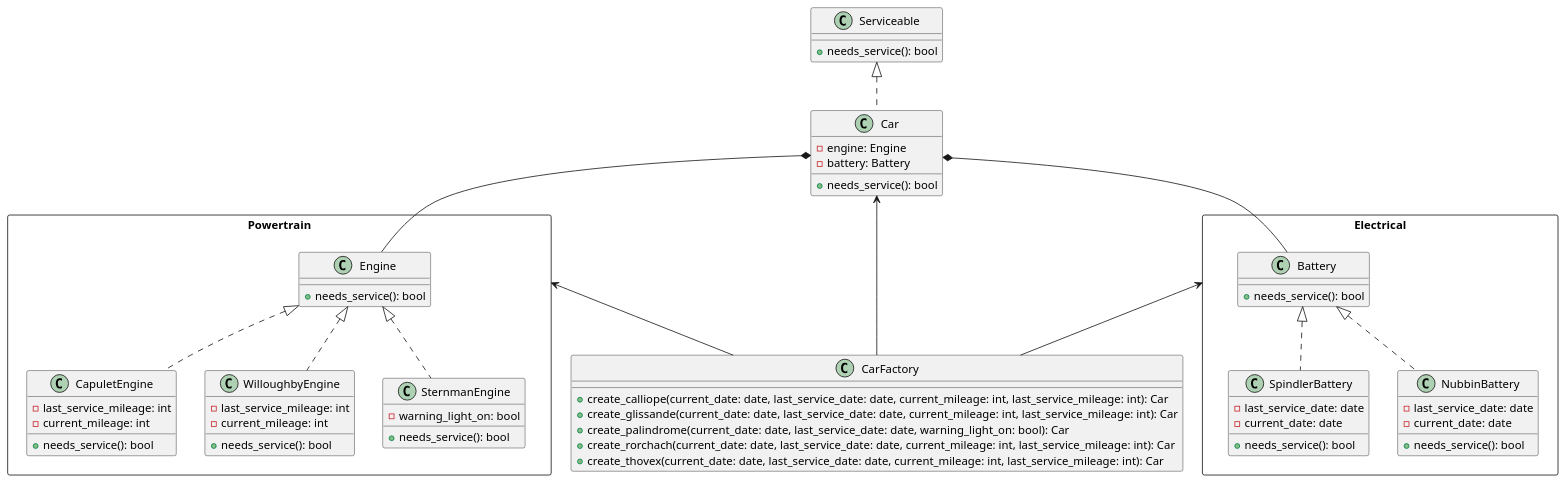
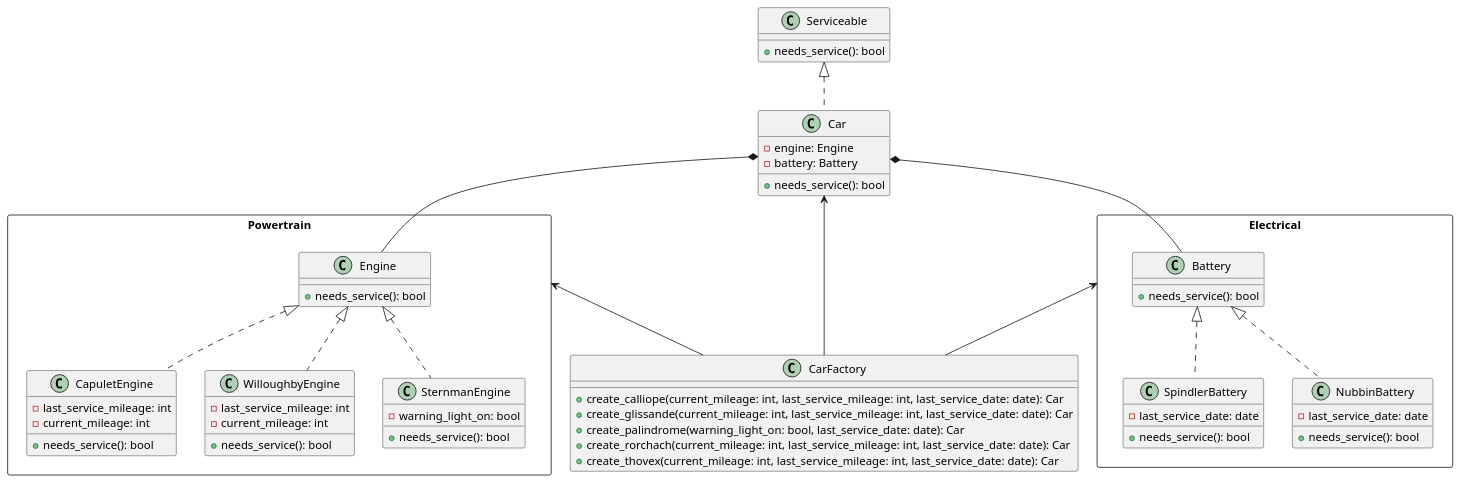
The diagram in UML/engineersDiagram.puml (kasizah/forage-lyft-starter-repo), drawn with PlantUML before and after one commit. The commit also changed 10 other files, not shown here.

```diff
--- a/UML/engineersDiagram.puml
+++ b/UML/engineersDiagram.puml
@@ -1,73 +1,71 @@
 @startuml
 
 class CarFactory {
-    +create_calliope(current_date: date, last_service_date: date, current_mileage: int, last_service_mileage: int): Car
-    +create_glissande(current_date: date, last_service_date: date, current_mileage: int, last_service_mileage: int): Car
-    +create_palindrome(current_date: date, last_service_date: date, warning_light_on: bool): Car
-    +create_rorchach(current_date: date, last_service_date: date, current_mileage: int, last_service_mileage: int): Car
-    +create_thovex(current_date: date, last_service_date: date, current_mileage: int, last_service_mileage: int): Car
+    +create_calliope(current_mileage: int, last_service_mileage: int, last_service_date: date): Car
+    +create_glissande(current_mileage: int, last_service_mileage: int, last_service_date: date): Car
+    +create_palindrome(warning_light_on: bool, last_service_date: date): Car
+    +create_rorchach(current_mileage: int, last_service_mileage: int, last_service_date: date): Car
+    +create_thovex(current_mileage: int, last_service_mileage: int, last_service_date: date): Car
 }
 
 package Powertrain <<Rectangle>> {
     class Engine {
         +needs_service(): bool
     }
     class CapuletEngine {
         -last_service_mileage: int
         -current_mileage: int
         +needs_service(): bool
     }
     class WilloughbyEngine {
         -last_service_mileage: int
         -current_mileage: int
         +needs_service(): bool
     }
     class SternmanEngine {
         -warning_light_on: bool
         +needs_service(): bool
     }
 
     Engine <|.. CapuletEngine
     Engine <|.. WilloughbyEngine
     Engine <|.. SternmanEngine
 }
 
 package Electrical <<Rectangle>> {
     class Battery {
         +needs_service(): bool
     }
     class SpindlerBattery {
         -last_service_date: date
-        -current_date: date
         +needs_service(): bool
     }
     class NubbinBattery {
         -last_service_date: date
-        -current_date: date
         +needs_service(): bool
     }
 
     Battery <|.. SpindlerBattery
     Battery <|.. NubbinBattery
 }
 
 class Car {
     -engine: Engine
     -battery: Battery
     +needs_service(): bool
 }
 
 Electrical <-- CarFactory
 Powertrain <-- CarFactory
 Car <-- CarFactory
 
 Car *-- Engine
 Car *-- Battery
 
 class Serviceable {
     +needs_service(): bool
 }
 
 Serviceable <|.. Car
 
 @enduml
```
